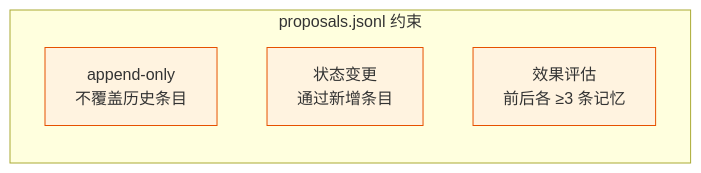
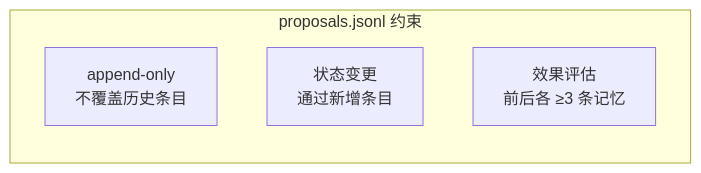
One commit to effiy/YrY changed the third of 11 diagrams in rules/self-improve.md. Above: the diagram before and after it, drawn with Mermaid. The commit also changed other lines of this file and 61 other files, not shown here.

````diff
--- a/rules/self-improve.md
+++ b/rules/self-improve.md
@@ -75,10 +67,9 @@
 ```mermaid
 flowchart LR
     subgraph 约束["proposals.jsonl 约束"]
         C1["append-only<br/>不覆盖历史条目"]:::rule
         C2["状态变更<br/>通过新增条目"]:::rule
         C3["效果评估<br/>前后各 ≥3 条记忆"]:::rule
     end
 
-    classDef rule fill:#fff3e0,stroke:#e65100;
 ```
````
